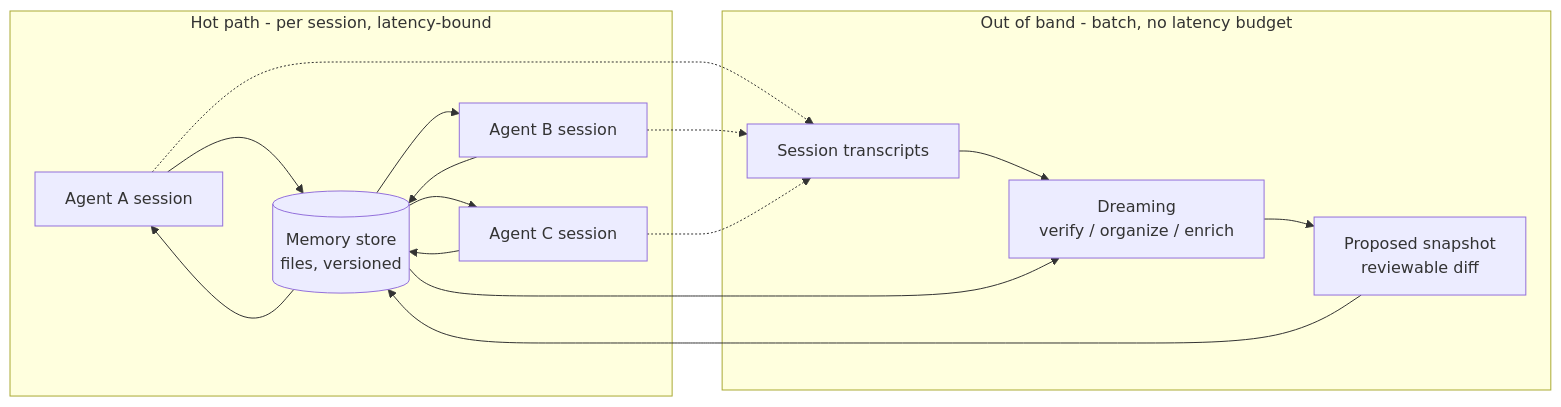
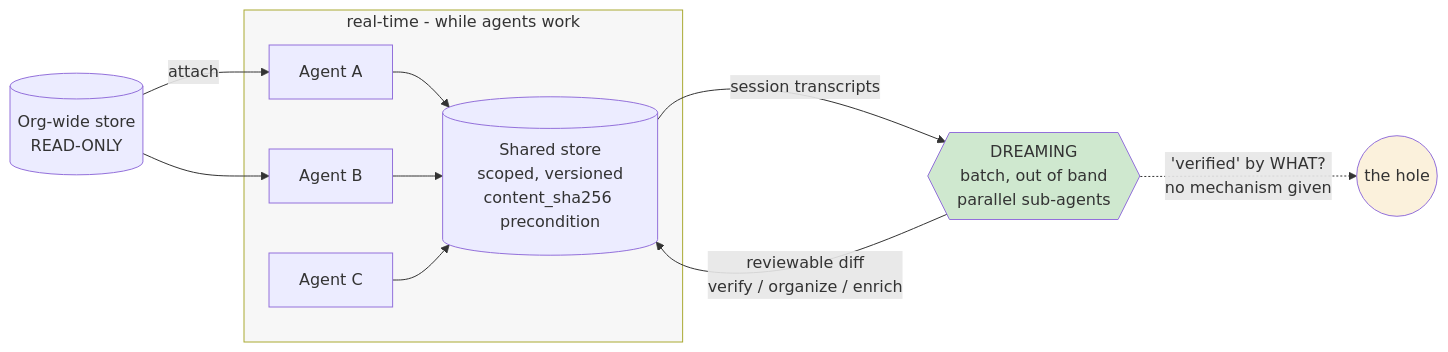
Before and after one commit to 0xchamin/mincha_brain: the second of 2 diagrams in sources/260731_claude-memory-dreaming/LEARNING.md, drawn with Mermaid. The commit also changed other lines of this file and 2 other files, not shown here.

````diff
--- a/sources/260731_claude-memory-dreaming/LEARNING.md
+++ b/sources/260731_claude-memory-dreaming/LEARNING.md
@@ -155,20 +366,17 @@
 ```mermaid
 flowchart LR
-    subgraph HOT["Hot path - per session, latency-bound"]
-        A1[Agent A session] --> M[(Memory store<br/>files, versioned)]
-        A2[Agent B session] --> M
-        A3[Agent C session] --> M
-        M --> A1
-        M --> A2
-        M --> A3
+    subgraph WORK["real-time - while agents work"]
+        A1["Agent A"] --> ST[("Shared store<br/>scoped, versioned<br/>content_sha256 precondition")]
+        A2["Agent B"] --> ST
+        A3["Agent C"] --> ST
     end
-    subgraph COLD["Out of band - batch, no latency budget"]
-        T[Session transcripts] --> D[Dreaming<br/>verify / organize / enrich]
-        D --> P[Proposed snapshot<br/>reviewable diff]
-    end
-    A1 -.-> T
-    A2 -.-> T
-    A3 -.-> T
-    M --> D
-    P --> M
+    ST -->|"session transcripts"| DR{{"DREAMING<br/>batch, out of band<br/>parallel sub-agents"}}
+    DR -->|"reviewable diff<br/>verify / organize / enrich"| ST
+    DR -.->|"'verified' by WHAT?<br/>no mechanism given"| GAP(("the hole"))
+    ORG[("Org-wide store<br/>READ-ONLY")] -->|attach| A1
+    ORG --> A2
+
+    style DR fill:#cfe8cf
+    style GAP fill:#fbf1dc
+    style WORK fill:#f7f7f7
 ```
````
